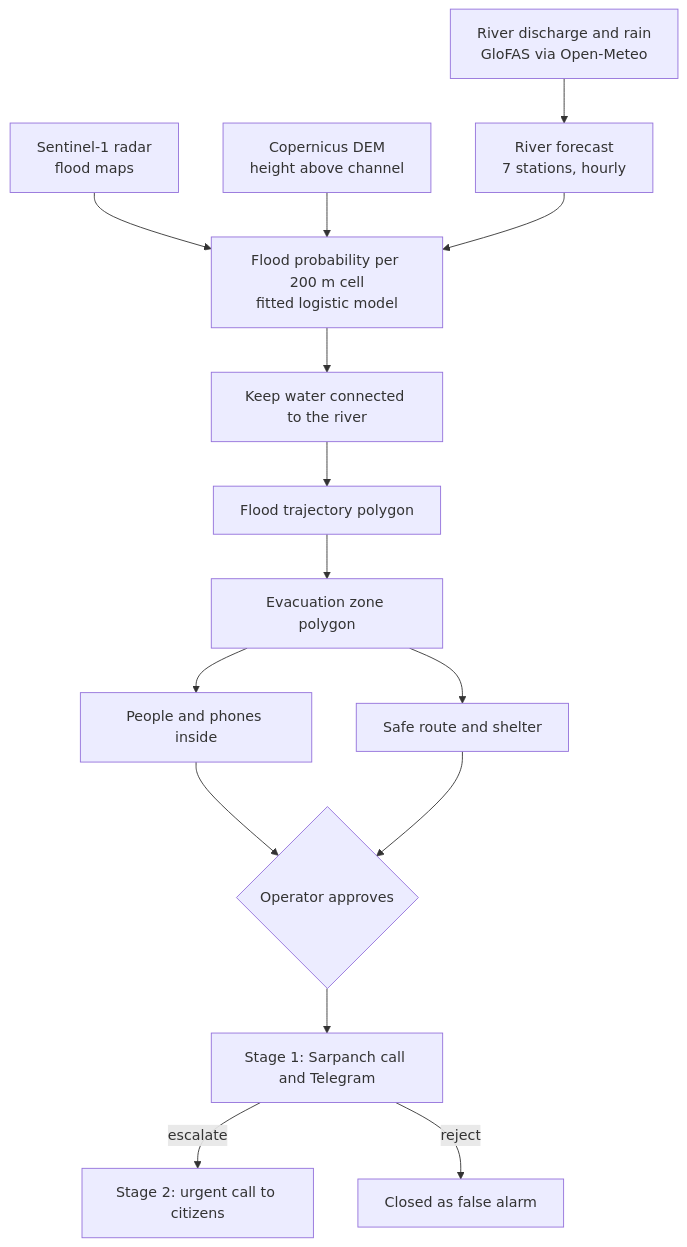
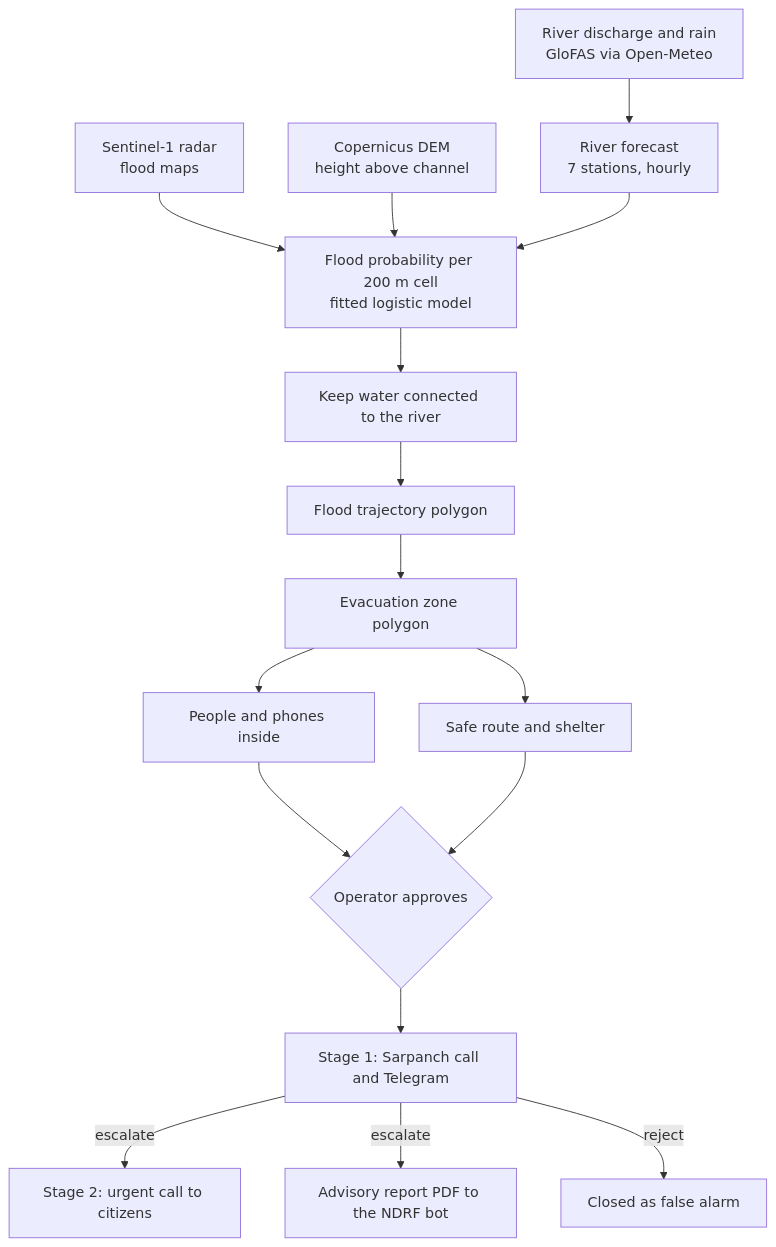
Before and after one commit to Piyush5525/JalNetra: the first of 4 diagrams in README.md, drawn with Mermaid. The commit also changed other lines of this file and 12 other files, not shown here.

Commit message:
README: refresh screenshots and flowcharts for the current UI and NDRF routing

````diff
--- a/README.md
+++ b/README.md
@@ -51,17 +51,18 @@
 ```mermaid
 flowchart TD
   A[River discharge and rain<br/>GloFAS via Open-Meteo] --> B[River forecast<br/>7 stations, hourly]
   S1[Sentinel-1 radar<br/>flood maps] --> C
   DEM[Copernicus DEM<br/>height above channel] --> C
   B --> C[Flood probability per 200 m cell<br/>fitted logistic model]
   C --> D[Keep water connected to the river]
   D --> E[Flood trajectory polygon]
   E --> F[Evacuation zone polygon]
   F --> G[People and phones inside]
   F --> I[Safe route and shelter]
   G --> J{Operator approves}
   I --> J
   J --> K[Stage 1: Sarpanch call and Telegram]
   K -- escalate --> L[Stage 2: urgent call to citizens]
+  K -- escalate --> N[Advisory report PDF to the NDRF bot]
   K -- reject --> M[Closed as false alarm]
 ```
````
